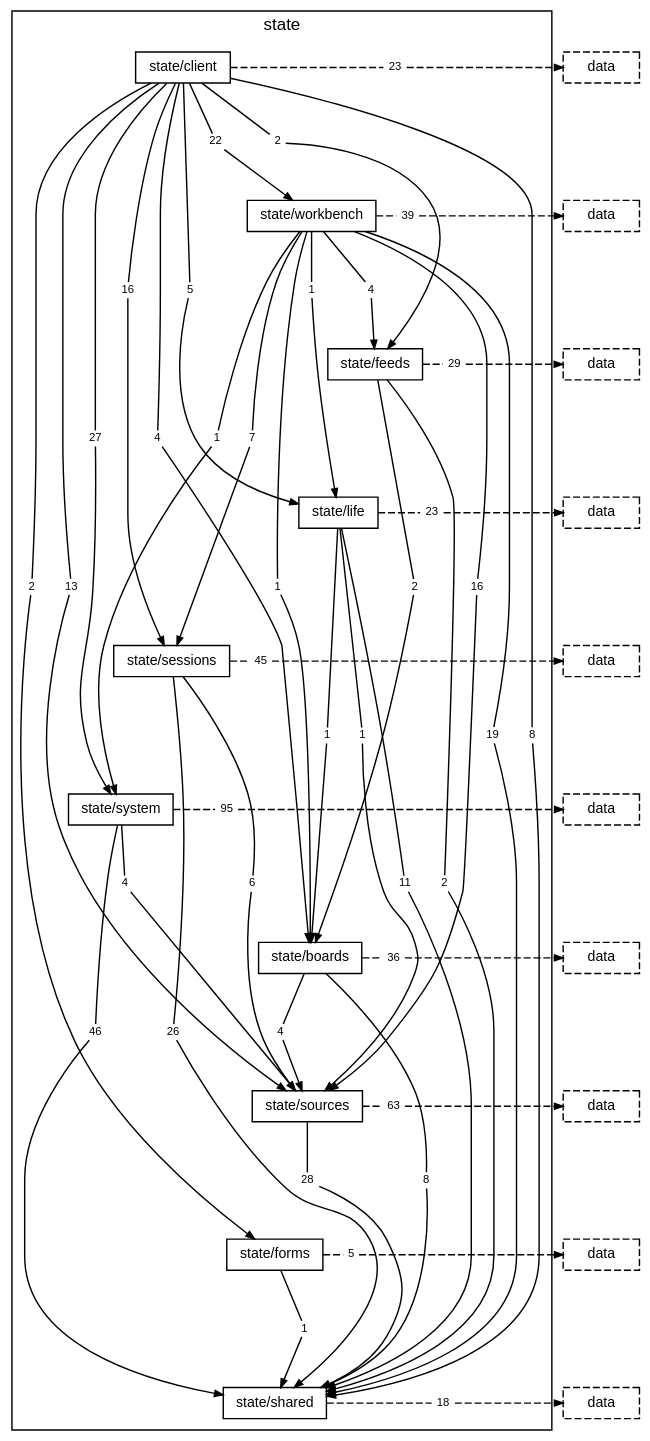
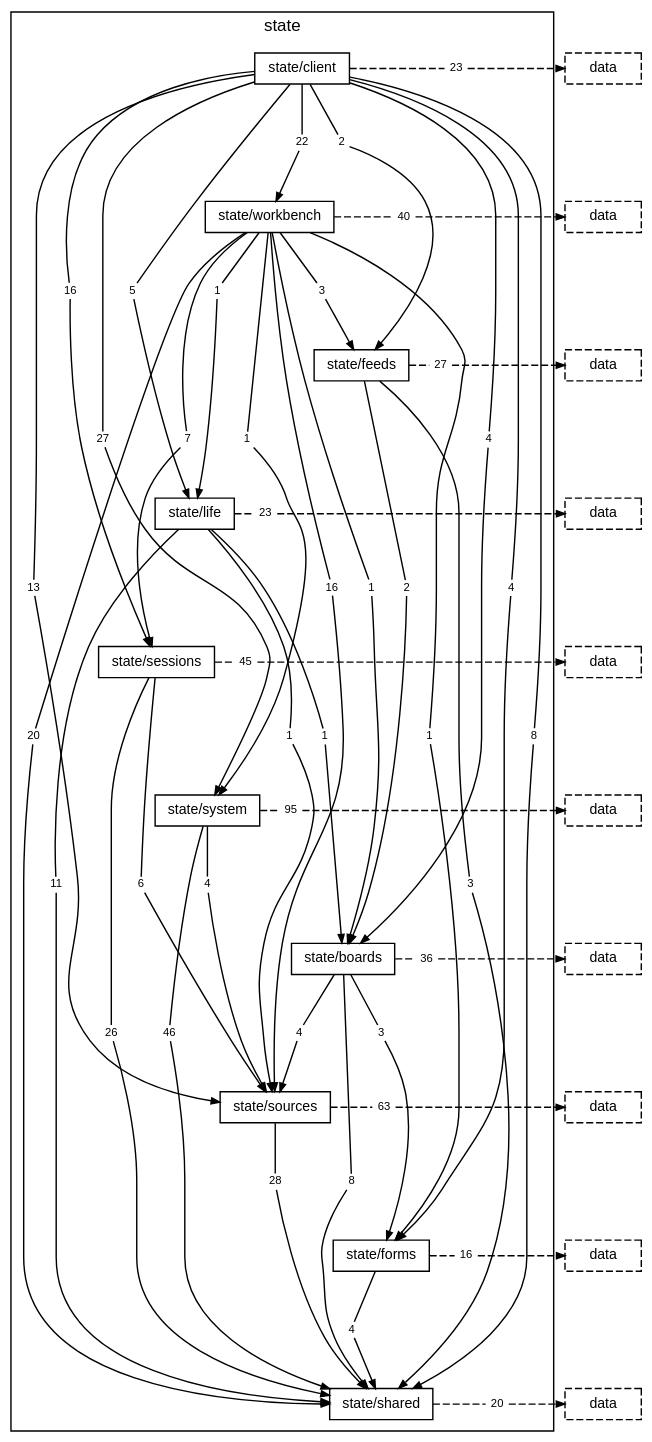
Before and after one commit to TheAxeC/oculus: the diagram in docs/diagrams/layer-state.dot, drawn with Graphviz. The commit also changed 166 other files, not shown here.

```diff
--- a/docs/diagrams/layer-state.dot
+++ b/docs/diagrams/layer-state.dot
@@ -16,7 +16,7 @@
         "folder state/shared" [label="state/shared"];
         "folder state/client to folder state/boards" [label="4", shape=box, color="transparent", fontsize=8, width=0, height=0, margin="0.04,0.02"];
         "folder state/client to folder state/feeds" [label="2", shape=box, color="transparent", fontsize=8, width=0, height=0, margin="0.04,0.02"];
-        "folder state/client to folder state/forms" [label="2", shape=box, color="transparent", fontsize=8, width=0, height=0, margin="0.04,0.02"];
+        "folder state/client to folder state/forms" [label="4", shape=box, color="transparent", fontsize=8, width=0, height=0, margin="0.04,0.02"];
         "folder state/client to folder state/life" [label="5", shape=box, color="transparent", fontsize=8, width=0, height=0, margin="0.04,0.02"];
         "folder state/client to folder state/sessions" [label="16", shape=box, color="transparent", fontsize=8, width=0, height=0, margin="0.04,0.02"];
         "folder state/client to folder state/shared" [label="8", shape=box, color="transparent", fontsize=8, width=0, height=0, margin="0.04,0.02"];
@@ -25,16 +25,17 @@
         "folder state/client to folder state/workbench" [label="22", shape=box, color="transparent", fontsize=8, width=0, height=0, margin="0.04,0.02"];
         "folder state/client to layer data" [label="23", shape=box, color="transparent", fontsize=8, width=0, height=0, margin="0.04,0.02"];
         "folder state/workbench to folder state/boards" [label="1", shape=box, color="transparent", fontsize=8, width=0, height=0, margin="0.04,0.02"];
-        "folder state/workbench to folder state/feeds" [label="4", shape=box, color="transparent", fontsize=8, width=0, height=0, margin="0.04,0.02"];
+        "folder state/workbench to folder state/feeds" [label="3", shape=box, color="transparent", fontsize=8, width=0, height=0, margin="0.04,0.02"];
+        "folder state/workbench to folder state/forms" [label="1", shape=box, color="transparent", fontsize=8, width=0, height=0, margin="0.04,0.02"];
         "folder state/workbench to folder state/life" [label="1", shape=box, color="transparent", fontsize=8, width=0, height=0, margin="0.04,0.02"];
         "folder state/workbench to folder state/sessions" [label="7", shape=box, color="transparent", fontsize=8, width=0, height=0, margin="0.04,0.02"];
-        "folder state/workbench to folder state/shared" [label="19", shape=box, color="transparent", fontsize=8, width=0, height=0, margin="0.04,0.02"];
+        "folder state/workbench to folder state/shared" [label="20", shape=box, color="transparent", fontsize=8, width=0, height=0, margin="0.04,0.02"];
         "folder state/workbench to folder state/sources" [label="16", shape=box, color="transparent", fontsize=8, width=0, height=0, margin="0.04,0.02"];
         "folder state/workbench to folder state/system" [label="1", shape=box, color="transparent", fontsize=8, width=0, height=0, margin="0.04,0.02"];
-        "folder state/workbench to layer data" [label="39", shape=box, color="transparent", fontsize=8, width=0, height=0, margin="0.04,0.02"];
+        "folder state/workbench to layer data" [label="40", shape=box, color="transparent", fontsize=8, width=0, height=0, margin="0.04,0.02"];
         "folder state/feeds to folder state/boards" [label="2", shape=box, color="transparent", fontsize=8, width=0, height=0, margin="0.04,0.02"];
-        "folder state/feeds to folder state/shared" [label="2", shape=box, color="transparent", fontsize=8, width=0, height=0, margin="0.04,0.02"];
-        "folder state/feeds to layer data" [label="29", shape=box, color="transparent", fontsize=8, width=0, height=0, margin="0.04,0.02"];
+        "folder state/feeds to folder state/shared" [label="3", shape=box, color="transparent", fontsize=8, width=0, height=0, margin="0.04,0.02"];
+        "folder state/feeds to layer data" [label="27", shape=box, color="transparent", fontsize=8, width=0, height=0, margin="0.04,0.02"];
         "folder state/life to folder state/boards" [label="1", shape=box, color="transparent", fontsize=8, width=0, height=0, margin="0.04,0.02"];
         "folder state/life to folder state/shared" [label="11", shape=box, color="transparent", fontsize=8, width=0, height=0, margin="0.04,0.02"];
         "folder state/life to folder state/sources" [label="1", shape=box, color="transparent", fontsize=8, width=0, height=0, margin="0.04,0.02"];
@@ -45,14 +46,15 @@
         "folder state/system to folder state/shared" [label="46", shape=box, color="transparent", fontsize=8, width=0, height=0, margin="0.04,0.02"];
         "folder state/system to folder state/sources" [label="4", shape=box, color="transparent", fontsize=8, width=0, height=0, margin="0.04,0.02"];
         "folder state/system to layer data" [label="95", shape=box, color="transparent", fontsize=8, width=0, height=0, margin="0.04,0.02"];
+        "folder state/boards to folder state/forms" [label="3", shape=box, color="transparent", fontsize=8, width=0, height=0, margin="0.04,0.02"];
         "folder state/boards to folder state/shared" [label="8", shape=box, color="transparent", fontsize=8, width=0, height=0, margin="0.04,0.02"];
         "folder state/boards to folder state/sources" [label="4", shape=box, color="transparent", fontsize=8, width=0, height=0, margin="0.04,0.02"];
         "folder state/boards to layer data" [label="36", shape=box, color="transparent", fontsize=8, width=0, height=0, margin="0.04,0.02"];
         "folder state/sources to folder state/shared" [label="28", shape=box, color="transparent", fontsize=8, width=0, height=0, margin="0.04,0.02"];
         "folder state/sources to layer data" [label="63", shape=box, color="transparent", fontsize=8, width=0, height=0, margin="0.04,0.02"];
-        "folder state/forms to folder state/shared" [label="1", shape=box, color="transparent", fontsize=8, width=0, height=0, margin="0.04,0.02"];
-        "folder state/forms to layer data" [label="5", shape=box, color="transparent", fontsize=8, width=0, height=0, margin="0.04,0.02"];
-        "folder state/shared to layer data" [label="18", shape=box, color="transparent", fontsize=8, width=0, height=0, margin="0.04,0.02"];
+        "folder state/forms to folder state/shared" [label="4", shape=box, color="transparent", fontsize=8, width=0, height=0, margin="0.04,0.02"];
+        "folder state/forms to layer data" [label="16", shape=box, color="transparent", fontsize=8, width=0, height=0, margin="0.04,0.02"];
+        "folder state/shared to layer data" [label="20", shape=box, color="transparent", fontsize=8, width=0, height=0, margin="0.04,0.02"];
     }
     "layer data from folder state/client" [label="data", style=dashed];
     "layer data from folder state/workbench" [label="data", style=dashed];
@@ -98,6 +100,8 @@
     "folder state/workbench to folder state/boards" -> "folder state/boards" [];
     "folder state/workbench" -> "folder state/workbench to folder state/feeds" [arrowhead=none, minlen=1, weight=10];
     "folder state/workbench to folder state/feeds" -> "folder state/feeds" [];
+    "folder state/workbench" -> "folder state/workbench to folder state/forms" [arrowhead=none, minlen=7, weight=10];
+    "folder state/workbench to folder state/forms" -> "folder state/forms" [];
     "folder state/workbench" -> "folder state/workbench to folder state/life" [arrowhead=none, minlen=1, weight=10];
     "folder state/workbench to folder state/life" -> "folder state/life" [];
     "folder state/workbench" -> "folder state/workbench to folder state/sessions" [arrowhead=none, minlen=3, weight=10];
@@ -141,6 +145,8 @@
     "folder state/system" -> "folder state/system to layer data" [arrowhead=none, style=dashed];
     "folder state/system to layer data" -> "layer data from folder state/system" [style=dashed];
     { rank=same; "folder state/system"; "folder state/system to layer data"; "layer data from folder state/system"; }
+    "folder state/boards" -> "folder state/boards to folder state/forms" [arrowhead=none, minlen=1, weight=10];
+    "folder state/boards to folder state/forms" -> "folder state/forms" [];
     "folder state/boards" -> "folder state/boards to folder state/shared" [arrowhead=none, minlen=3, weight=10];
     "folder state/boards to folder state/shared" -> "folder state/shared" [];
     "folder state/boards" -> "folder state/boards to folder state/sources" [arrowhead=none, minlen=1, weight=10];
```
